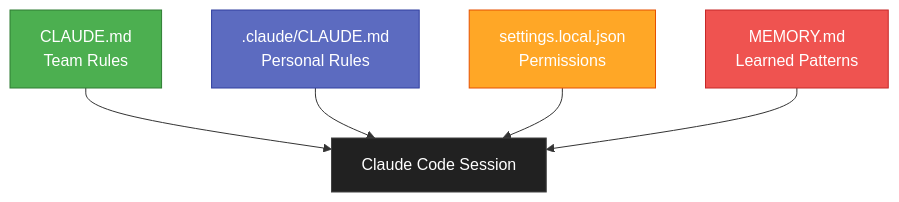
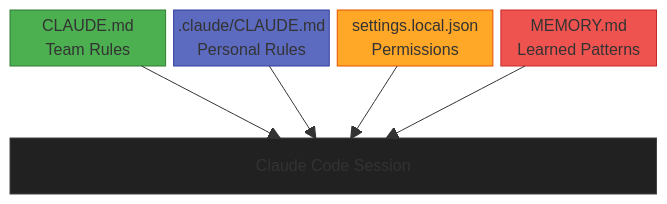
Before and after one commit to jameswniu/claude-os: the first of 3 diagrams in README.md, drawn with Mermaid. The commit also changed other lines of this file and 8 other files, not shown here.

````diff
--- a/README.md
+++ b/README.md
@@ -11,19 +11,21 @@
 ```mermaid
-flowchart TD
-    A["CLAUDE.md\nTeam Rules"]
-    B[".claude/CLAUDE.md\nPersonal Rules"]
-    C["settings.local.json\nPermissions"]
-    D["MEMORY.md\nLearned Patterns"]
-    S["Claude Code Session"]
+block-beta
+    columns 4
+    A["CLAUDE.md\nTeam Rules"]:1
+    B[".claude/CLAUDE.md\nPersonal Rules"]:1
+    C["settings.local.json\nPermissions"]:1
+    D["MEMORY.md\nLearned Patterns"]:1
+    space:4
+    S["Claude Code Session"]:4
 
     A --> S
     B --> S
     C --> S
     D --> S
 
     style A fill:#4CAF50,color:#fff,stroke:#2E7D32
     style B fill:#5C6BC0,color:#fff,stroke:#303F9F
     style C fill:#FFA726,color:#fff,stroke:#E65100
     style D fill:#EF5350,color:#fff,stroke:#C62828
     style S fill:#212121,color:#fff,stroke:#424242
 ```
````
